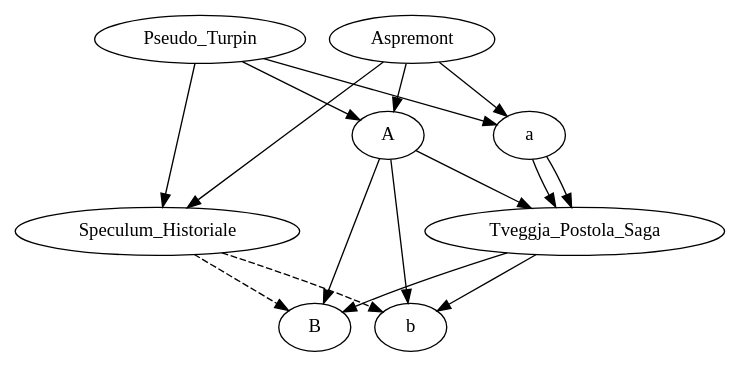
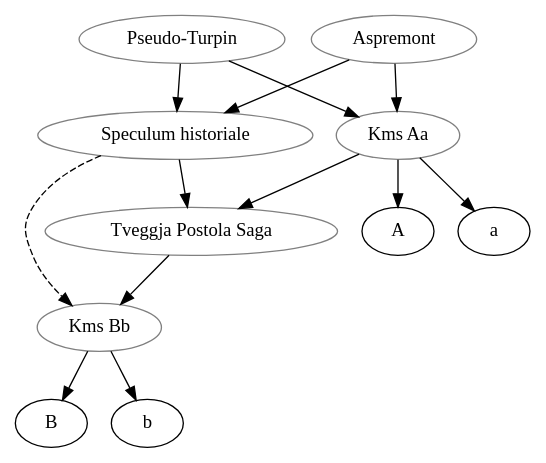
Before and after one commit to OpenStemmata/database: the diagram in data/non/Halvorsen_1959_Karlamagnussaga/stemma.gv, drawn with Graphviz. The commit also changed 2 other files, not shown here.

Commit message:
corrections KMS

```diff
--- a/data/non/Halvorsen_1959_Karlamagnussaga/stemma.gv
+++ b/data/non/Halvorsen_1959_Karlamagnussaga/stemma.gv
@@ -1,21 +1,24 @@
 digraph {
 
-    # To refactor nodes, place the cursor left to a node name
     Pseudo_Turpin -> Speculum_Historiale;
     Aspremont -> Speculum_Historiale;
-    Pseudo_Turpin -> A;
-    Pseudo_Turpin -> a;
-    Aspremont -> A;
-    Aspremont -> a:
+    Pseudo_Turpin -> Kms_Aa;
+    Aspremont -> Kms_Aa;
+    Kms_Aa->A;
+    Kms_Aa->a;
     Speculum_Historiale -> Tveggja_Postola_Saga;
-    A -> Tveggja_Postola_Saga;
-    a -> Tveggja_Postola_Saga;
-    Tveggja_Postola_Saga -> B;
-    Tveggja_Postola_Saga -> b;
-    Speculum_Historiale -> B [style="dashed"];
-    Speculum_Historiale -> b [style="dashed"];
-    A -> B;
-    A -> b;
+    Kms_Aa -> Tveggja_Postola_Saga;
+    Tveggja_Postola_Saga -> Kms_Bb;
+    Speculum_Historiale -> Kms_Bb [style="dashed"];
+    Kms_Bb->B;
+    Kms_Bb->b;
+    
+    Pseudo_Turpin[color="grey", label="Pseudo-Turpin"];
+    Aspremont[color="grey"];
+    Kms_Aa[color="grey", label="Kms Aa"];
+    Speculum_Historiale[color="grey", label="Speculum historiale"];
+    Tveggja_Postola_Saga[color="grey", label="Tveggja Postola Saga"];
+    Kms_Bb[color="grey", label="Kms Bb"]
 
 
 }
```
